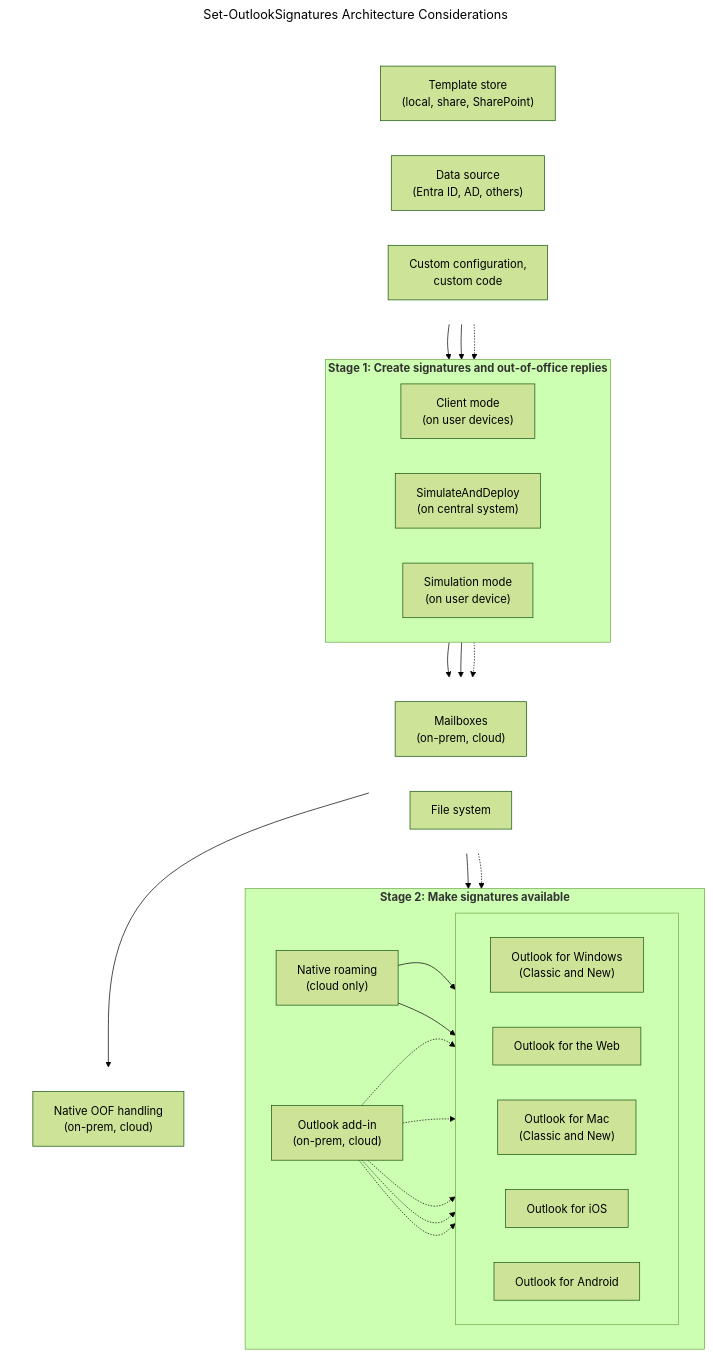
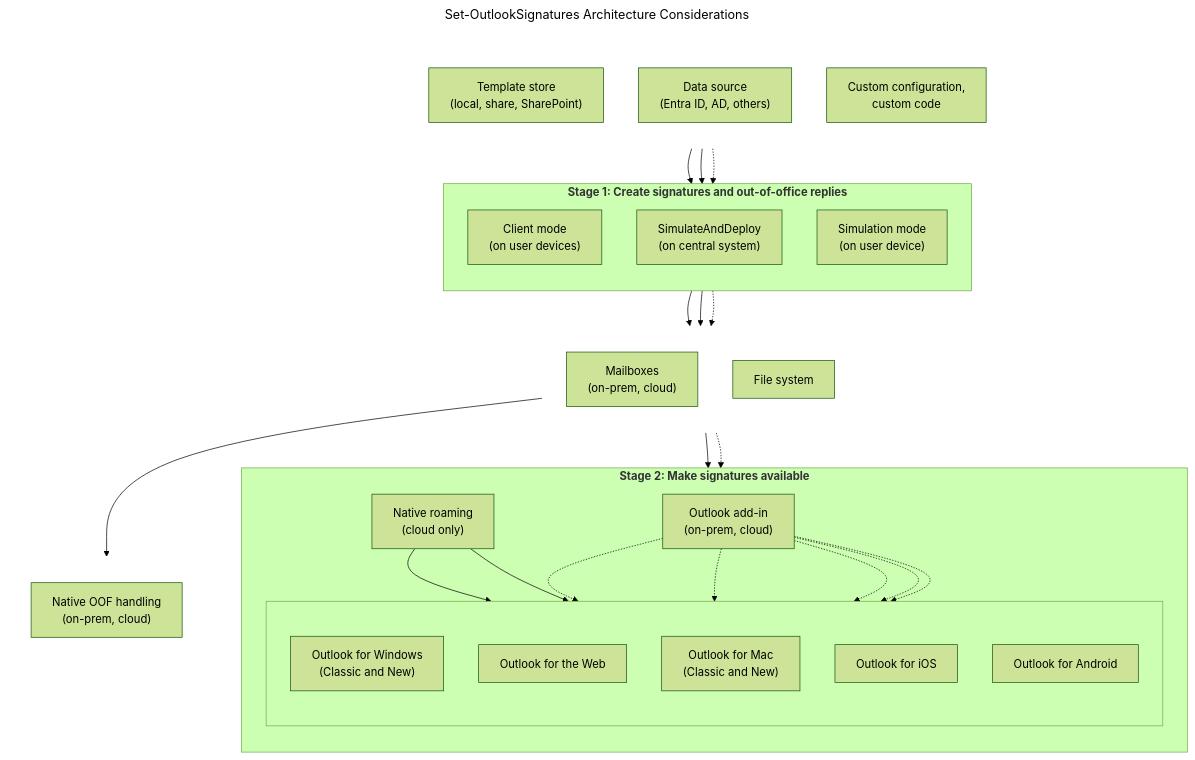
One commit to ExplicITConsulting/set-outlooksignatures.com changed the first of 2 diagrams in details.en.md. Above: the diagram before and after it, drawn with Mermaid (forest theme).

Commit message:
docs(details): refactor architecture diagram spacing

````diff
--- a/details.en.md
+++ b/details.en.md
@@ -100,60 +100,79 @@
 ```mermaid
 ---
 title: Set-OutlookSignatures Architecture Considerations
 ---
 flowchart TB
-  templatestore --> gen
-  datasource --> gen
-  config -.-> gen
-  clientmode --> mailbox
-  simulateanddeploy --> mailbox
-  simulate -.-> filesystem
-  mailbox --> roam
-  mailbox --> oof
-  mailbox -.-> addin
-  roam --> WinOutlook
-  roam --> WebOutlook
-  addin -.-> WinOutlook
-  addin -.-> WebOutlook
-  addin -.-> Mac
-  addin -.-> iOS
-  addin -.-> Android
-  subgraph inputs [" "]
-    direction LR
-    templatestore["Template store<br/>(local, share, SharePoint)"]
-    datasource["Data source<br/>(Entra ID, AD, others)"]
-    config["Custom configuration,<br/>custom code"]
-  end
-  subgraph gen ["<b>Stage 1: Create signatures and out-of-office replies</b>"]
-    direction LR
-    clientmode["Client mode<br>(on user devices)"]
-    simulateanddeploy["SimulateAndDeploy<br>(on central system)"]
-    simulate["Simulation mode<br>(on user device)"]
-  end
-  subgraph mid [" "]
-    direction LR
-    mailbox["Mailboxes<br>(on-prem, cloud)"]
-    filesystem["File system"]
-  end
-  subgraph avail ["<b>Stage 2: Make signatures available</b>"]
-    direction LR
-    roam["Native roaming<br>(cloud only)"]
-    addin["Outlook add-in<br>(on-prem, cloud)"]
-    subgraph outlookeditions [" "]
-      direction LR
-      WinOutlook["Outlook for Windows<br>(Classic and New)"]
-      WebOutlook["Outlook for the Web"]
-      Mac["Outlook for Mac<br>(Classic and New)"]
-      iOS["Outlook for iOS"]
-      Android["Outlook for Android"]
+    classDef invisible fill:none,stroke:none;
+
+    %% --- INPUTS STAGE ---
+    subgraph inputs [" "]
+        direction TB
+        templatestore["Template store<br/>(local, share, SharePoint)"]
+        datasource["Data source<br/>(Entra ID, AD, others)"]
+        config["Custom configuration,<br/>custom code"]
     end
-  end
-  subgraph oofbox[" "]
-    direction LR
-    oof["Native OOF handling<br>(on-prem, cloud)"]
-  end
-  classDef invisible fill:none,stroke:none;
-  class oofbox invisible;
-  class inputs invisible;
-  class mid invisible;
+
+    %% --- GENERATION STAGE ---
+    subgraph gen ["<b>Stage 1: Create signatures and out-of-office replies</b>"]
+        direction TB
+        clientmode["Client mode<br>(on user devices)"]
+        simulateanddeploy["SimulateAndDeploy<br>(on central system)"]
+        simulate["Simulation mode<br>(on user device)"]
+    end
+
+    %% --- MIDDLEWARE / STORAGE ---
+    subgraph mid [" "]
+        direction TB
+        mailbox["Mailboxes<br>(on-prem, cloud)"]
+        filesystem["File system"]
+    end
+
+    %% --- AVAILABILITY STAGE ---
+    subgraph avail ["<b>Stage 2: Make signatures available</b>"]
+        direction TB
+        roam["Native roaming<br>(cloud only)"]
+        addin["Outlook add-in<br>(on-prem, cloud)"]
+
+        subgraph outlookeditions [" "]
+            direction TB
+            WinOutlook["Outlook for Windows<br>(Classic and New)"]
+            WebOutlook["Outlook for the Web"]
+            Mac["Outlook for Mac<br>(Classic and New)"]
+            iOS["Outlook for iOS"]
+            Android["Outlook for Android"]
+        end
+    end
+
+    %% --- OUT OF OFFICE HANDLING ---
+    subgraph oofbox [" "]
+        direction TB
+        oof["Native OOF handling<br>(on-prem, cloud)"]
+    end
+
+    %% --- RELATIONSHIPS & FLOWS ---
+    templatestore --> gen
+    datasource --> gen
+    config -.-> gen
+
+    clientmode --> mailbox
+    simulateanddeploy --> mailbox
+    simulate -.-> filesystem
+
+    mailbox --> roam
+    mailbox --> oof
+    mailbox -.-> addin
+
+    roam --> WinOutlook
+    roam --> WebOutlook
+
+    addin -.-> WinOutlook
+    addin -.-> WebOutlook
+    addin -.-> Mac
+    addin -.-> iOS
+    addin -.-> Android
+
+    %% --- CLASS ASSIGNMENTS ---
+    class oofbox invisible;
+    class inputs invisible;
+    class mid invisible;
 ```
````
